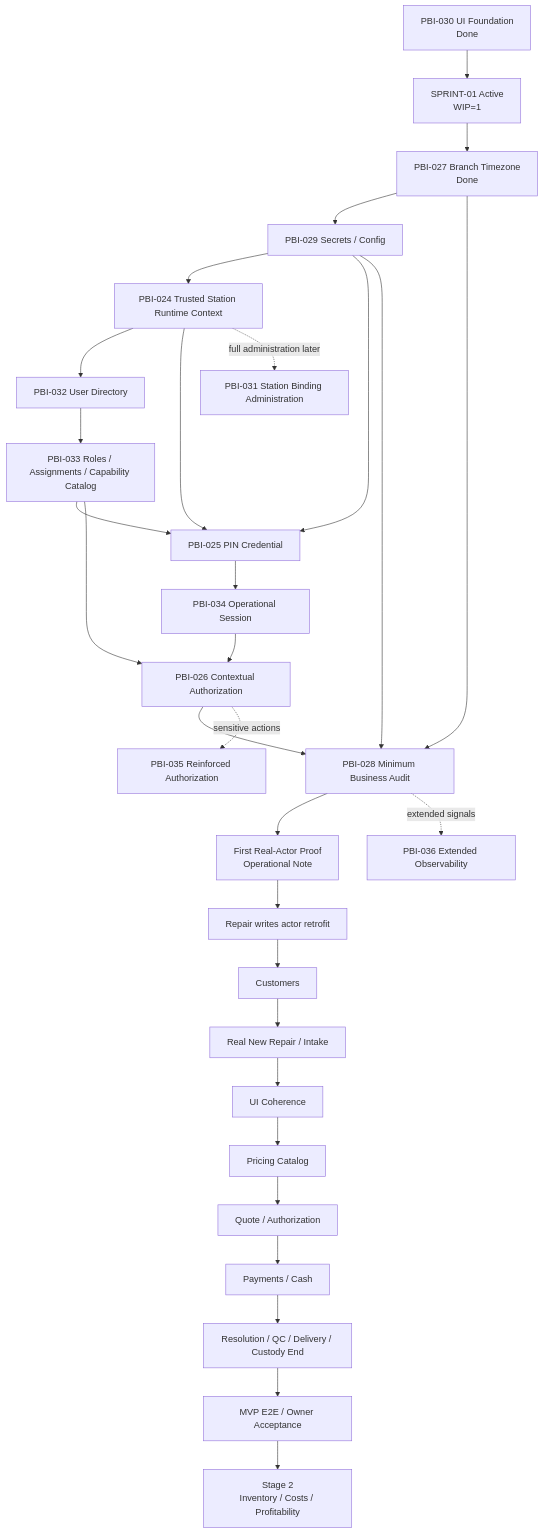
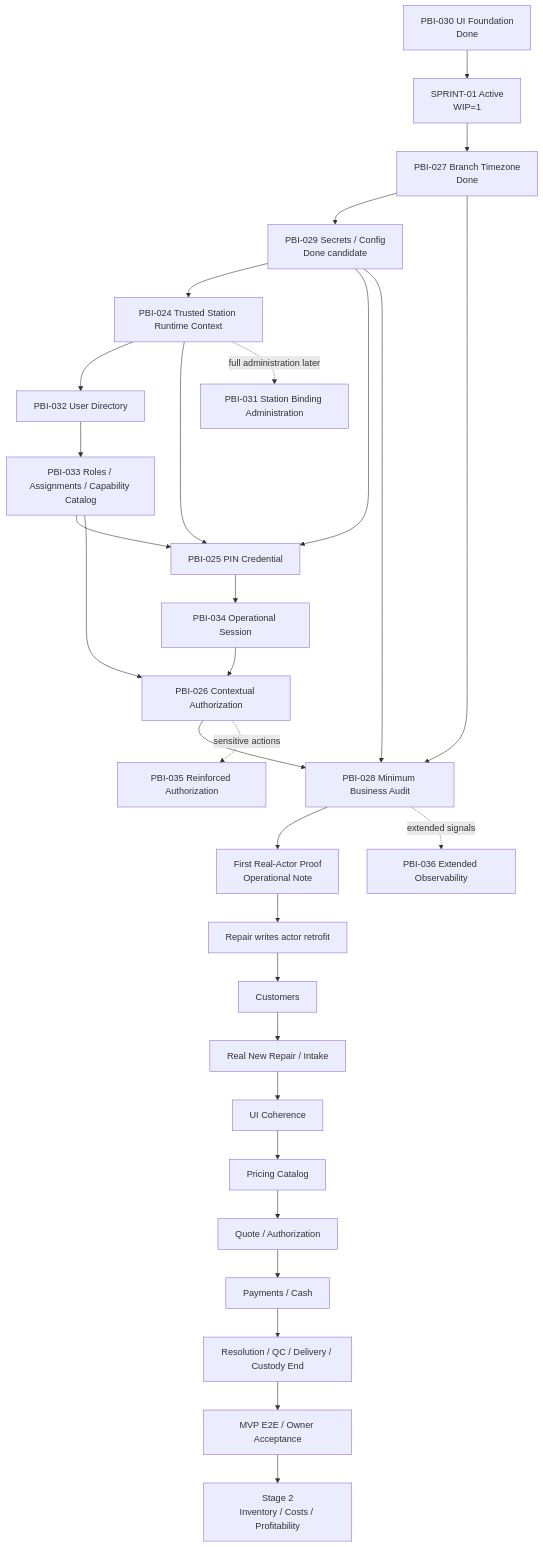
Before and after one commit to luisgtzaviles/SrTaller-2.0: the diagram in docs/backlog/DEPENDENCY_MAP.md, drawn with Mermaid. The commit also changed other lines of this file and 16 other files, not shown here.

Commit message:
docs: close pbi-029 and advance roadmap

````diff
--- a/docs/backlog/DEPENDENCY_MAP.md
+++ b/docs/backlog/DEPENDENCY_MAP.md
@@ -13,32 +13,32 @@
 ```mermaid
 flowchart TD
     P30[PBI-030 UI Foundation<br/>Done] --> S1[SPRINT-01 Active<br/>WIP=1]
     S1 --> P27[PBI-027 Branch Timezone<br/>Done]
-    P27 --> P29[PBI-029 Secrets / Config]
+    P27 --> P29[PBI-029 Secrets / Config<br/>Done candidate]
     P29 --> P24[PBI-024 Trusted Station Runtime Context]
     P24 --> P32[PBI-032 User Directory]
     P32 --> P33[PBI-033 Roles / Assignments / Capability Catalog]
     P33 --> P25[PBI-025 PIN Credential]
     P24 --> P25
     P29 --> P25
     P25 --> P34[PBI-034 Operational Session]
     P34 --> P26[PBI-026 Contextual Authorization]
     P33 --> P26
     P26 --> P28[PBI-028 Minimum Business Audit]
     P27 --> P28
     P29 --> P28
     P28 --> NOTE[First Real-Actor Proof<br/>Operational Note]
     NOTE --> RETRO[Repair writes actor retrofit]
     RETRO --> CUSTOMERS[Customers]
     CUSTOMERS --> INTAKE[Real New Repair / Intake]
     INTAKE --> POLISH[UI Coherence]
     POLISH --> PRICING[Pricing Catalog]
     PRICING --> QUOTE[Quote / Authorization]
     QUOTE --> MONEY[Payments / Cash]
     MONEY --> DELIVERY[Resolution / QC / Delivery / Custody End]
     DELIVERY --> MVP[MVP E2E / Owner Acceptance]
     P24 -. full administration later .-> P31[PBI-031 Station Binding Administration]
     P26 -. sensitive actions .-> P35[PBI-035 Reinforced Authorization]
     P28 -. extended signals .-> P36[PBI-036 Extended Observability]
     MVP --> STAGE2[Stage 2<br/>Inventory / Costs / Profitability]
 ```
````
